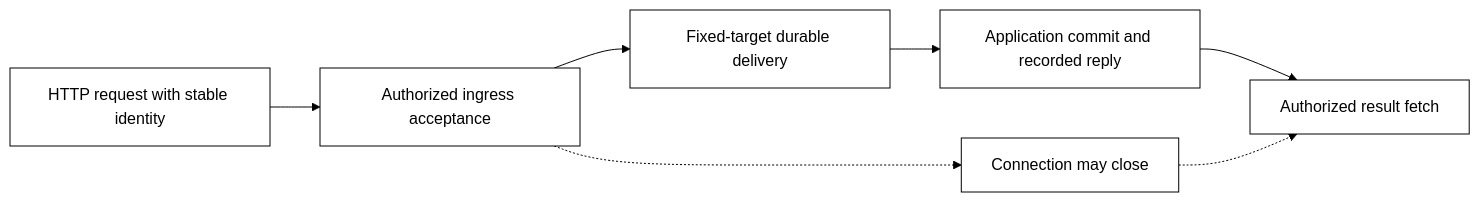
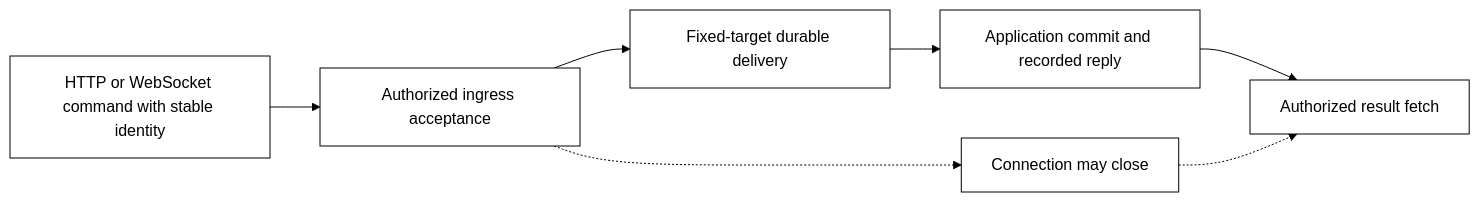
The second of 2 diagrams in docs/design/serving/D1.md (spoke-sh/transit), drawn with Mermaid before and after one commit. The commit also changed other lines of this file and 51 other files, not shown here.

Commit message:
docs(roadmap): separate reactive APIs from interface consumers

````diff
--- a/docs/design/serving/D1.md
+++ b/docs/design/serving/D1.md
@@ -44,10 +49,10 @@
 ```mermaid
 %%{init: {'theme': 'base', 'themeVariables': {'primaryColor': '#ffffff', 'primaryTextColor': '#000000', 'primaryBorderColor': '#000000', 'lineColor': '#000000', 'secondaryColor': '#ffffff', 'tertiaryColor': '#ffffff'}}}%%
 flowchart LR
-    R[HTTP request with stable identity] --> A[Authorized ingress acceptance]
+    R[HTTP or WebSocket command with stable identity] --> A[Authorized ingress acceptance]
     A --> D[Fixed-target durable delivery]
     D --> C[Application commit and recorded reply]
     C --> F[Authorized result fetch]
     A -.-> H[Connection may close]
     H -.-> F
 ```
````
